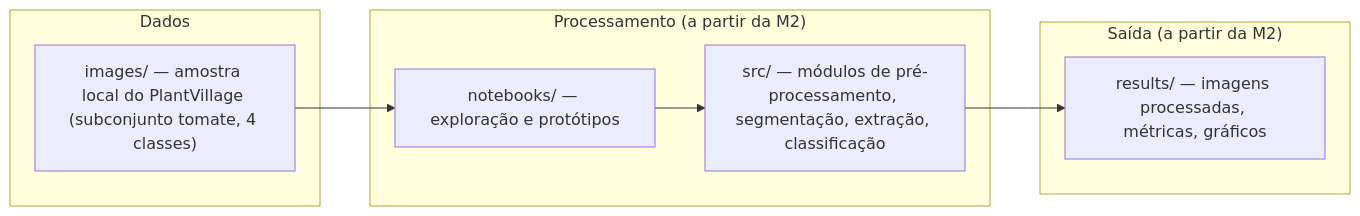
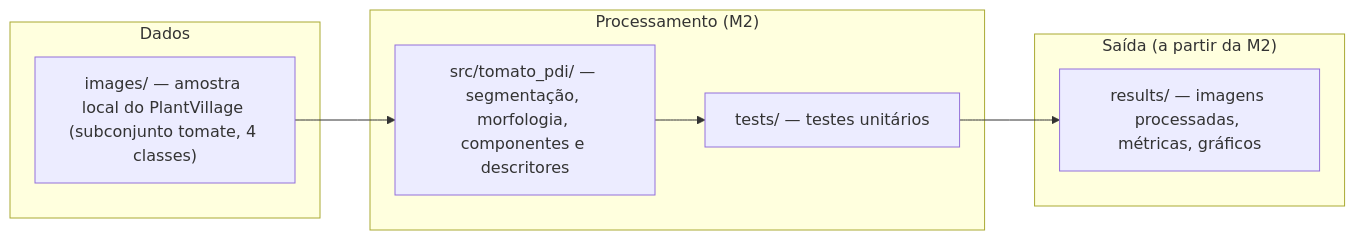
Before and after one commit to JoaoVBrasil/classificacao-tomate-doencas: the fourth of 4 diagrams in docs/proposta.md, drawn with Mermaid. The commit also changed other lines of this file and 18179 other files, not shown here.

````diff
--- a/docs/proposta.md
+++ b/docs/proposta.md
@@ -139,14 +157,14 @@
 ```mermaid
 flowchart LR
     subgraph Dados
     A["images/ — amostra local do PlantVillage \n(subconjunto tomate, 4 classes)"]
     end
-    subgraph Processamento["Processamento (a partir da M2)"]
-    B["notebooks/ — exploração e protótipos"]
-    C["src/ — módulos de pré-processamento, \nsegmentação, extração, classificação"]
+    subgraph Processamento["Processamento (M2)"]
+    B["src/tomato_pdi/ — segmentação, morfologia, \ncomponentes e descritores"]
+    C["tests/ — testes unitários"]
     end
     subgraph Saída["Saída (a partir da M2)"]
     D["results/ — imagens processadas, \nmétricas, gráficos"]
     end
     A --> B --> C --> D
 ```
````
